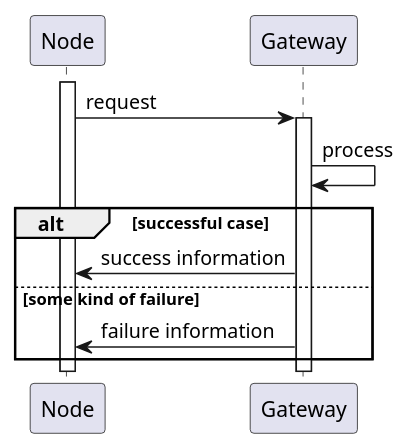
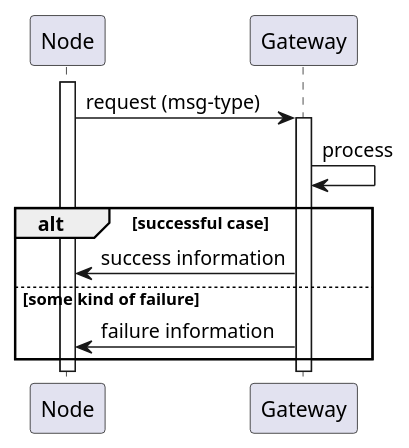
The first of 4 diagrams in docs/sw-design/README.md (damiandrzewicz/radiocloud-iot-rf), drawn with PlantUML before and after one commit. The commit also changed other lines of this file, not shown here.

```diff
--- a/docs/sw-design/README.md
+++ b/docs/sw-design/README.md
@@ -139,14 +9,14 @@
 @startuml 
 activate Node
 
-Node -> Gateway : request
+Node -> Gateway : request (msg-type)
 activate Gateway
 
 Gateway -> Gateway : process
 
 alt successful case
     Gateway -> Node : success information
 else some kind of failure
     Gateway -> Node : failure information
 end
 @enduml
```
